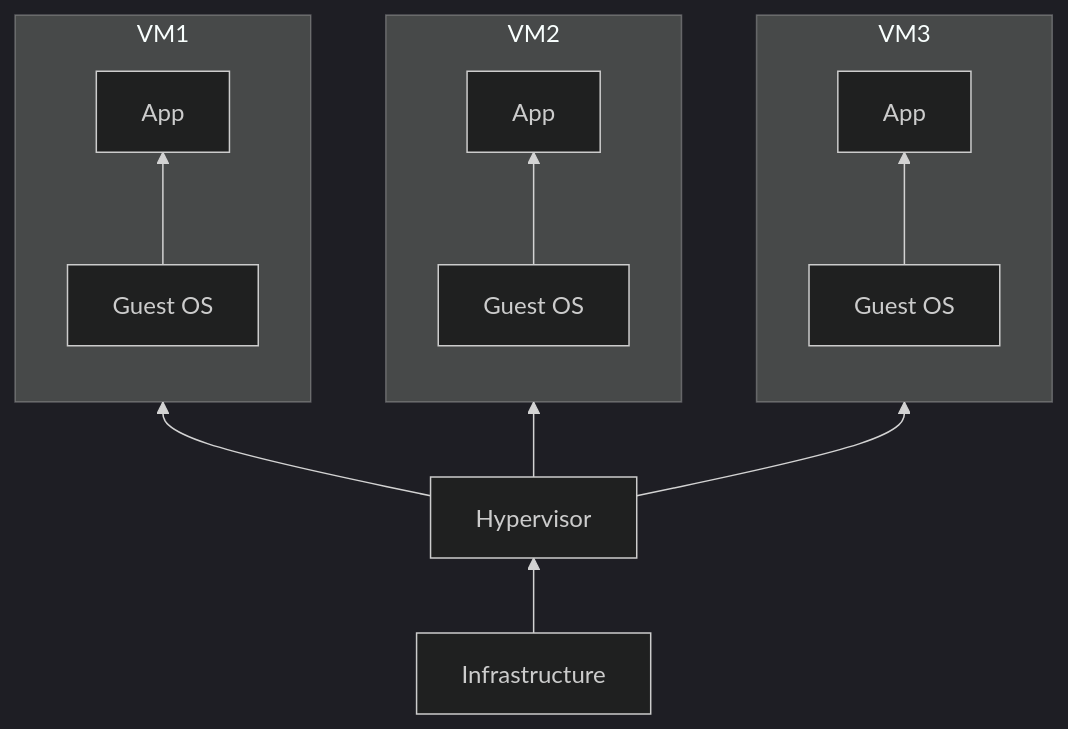
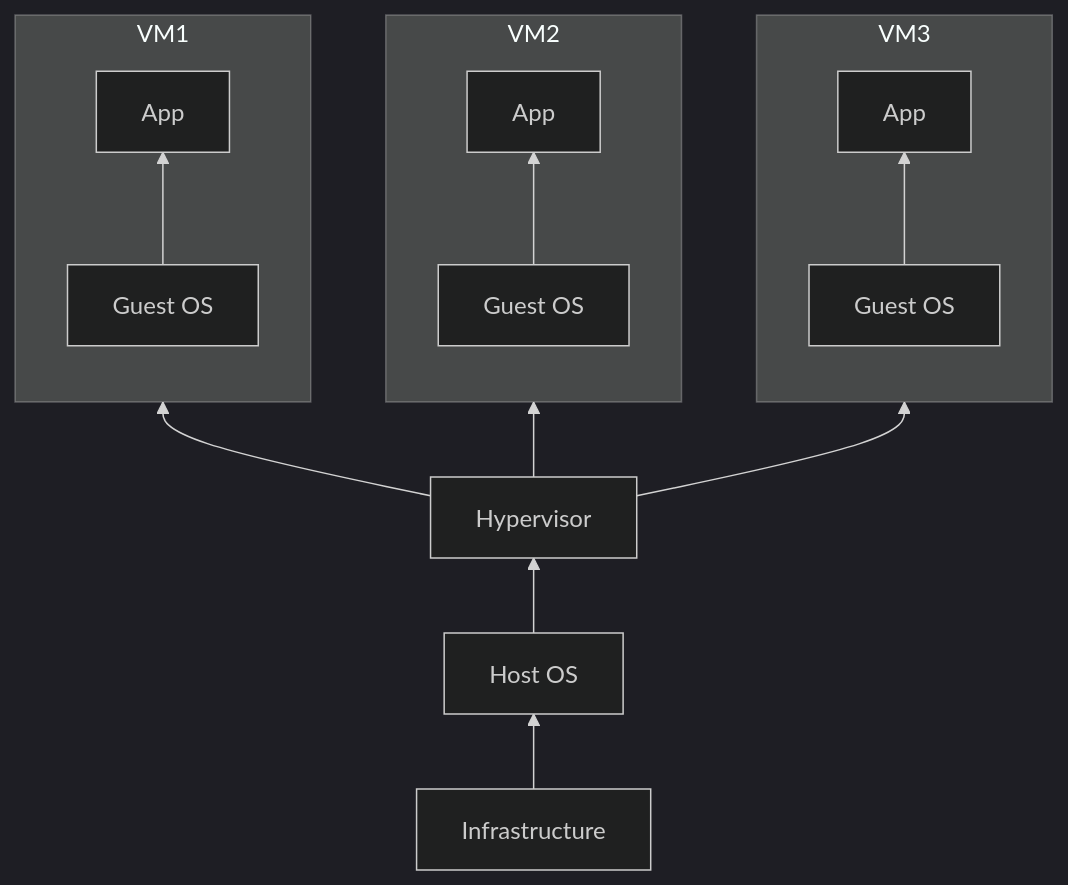
The first of 2 diagrams in docs/learning/containers.md (lourw/blog), drawn with Mermaid (dark theme) before and after one commit. The commit also changed other lines of this file and 1 other file, not shown here.

````diff
--- a/docs/learning/containers.md
+++ b/docs/learning/containers.md
@@ -10,19 +10,20 @@
     ```mermaid
     graph BT
-        A[Infrastructure] --> B
+        A[Infrastructure] --> Z
+        Z[Host OS] --> B
         B[Hypervisor] --> C
         subgraph C[VM1]
             direction BT    
             D[Guest OS] --> E[App]
         end
         B --> F
         subgraph F[VM2]
             direction BT    
             G[Guest OS] --> H[App]
         end
         B --> I
         subgraph I[VM3]
             direction BT    
             J[Guest OS] --> K[App]
         end
     ```
````
